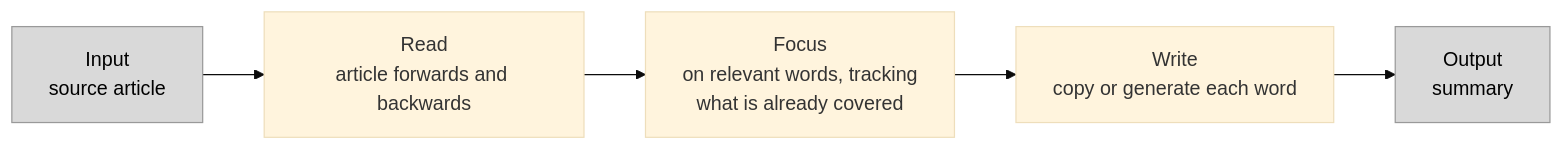
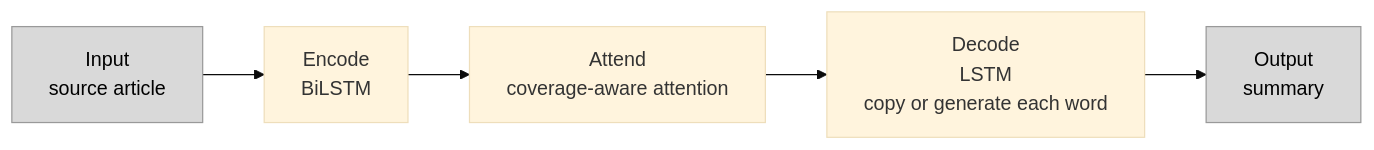
The first of 5 diagrams in README.md (FatemaKotb/Comparing-Summarization-Models-on-CNN-DailyMail), drawn with Mermaid (base theme) before and after one commit. The commit also changed other lines of this file, not shown here.

````diff
--- a/README.md
+++ b/README.md
@@ -58,9 +51,9 @@
 ```mermaid
 flowchart LR
-    I[Input<br/>source article] --> E[Read<br/>article forwards and backwards]
-    E --> A[Focus<br/>on relevant words, tracking<br/>what is already covered]
-    A --> D[Write<br/>copy or generate each word]
+    I[Input<br/>source article] --> E[Encode<br/>BiLSTM]
+    E --> A[Attend<br/>coverage-aware attention]
+    A --> D[Decode<br/>LSTM<br/>copy or generate each word]
     D --> O[Output<br/>summary]
     classDef io fill:#d9d9d9,stroke:#999999,color:#000000
     class I,O io
 ```
````
